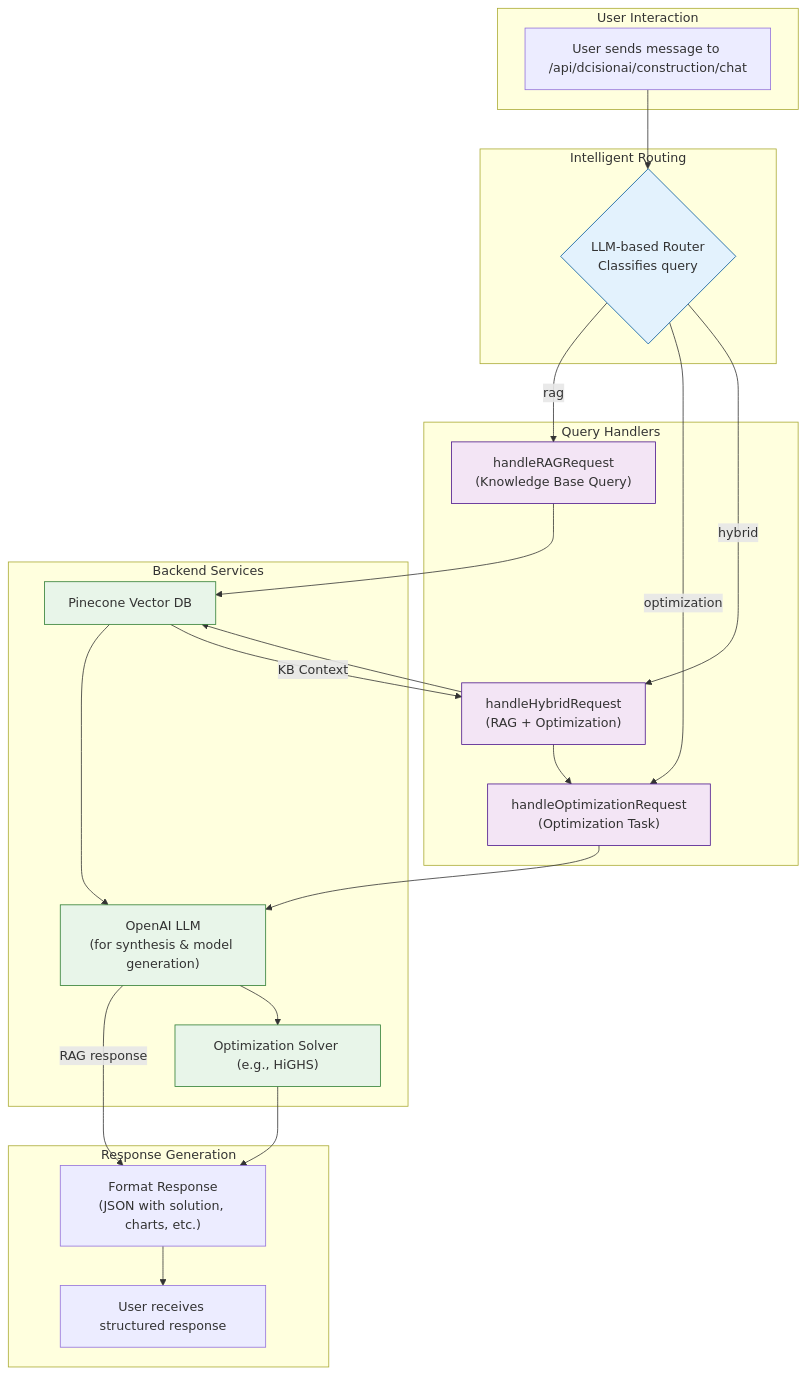
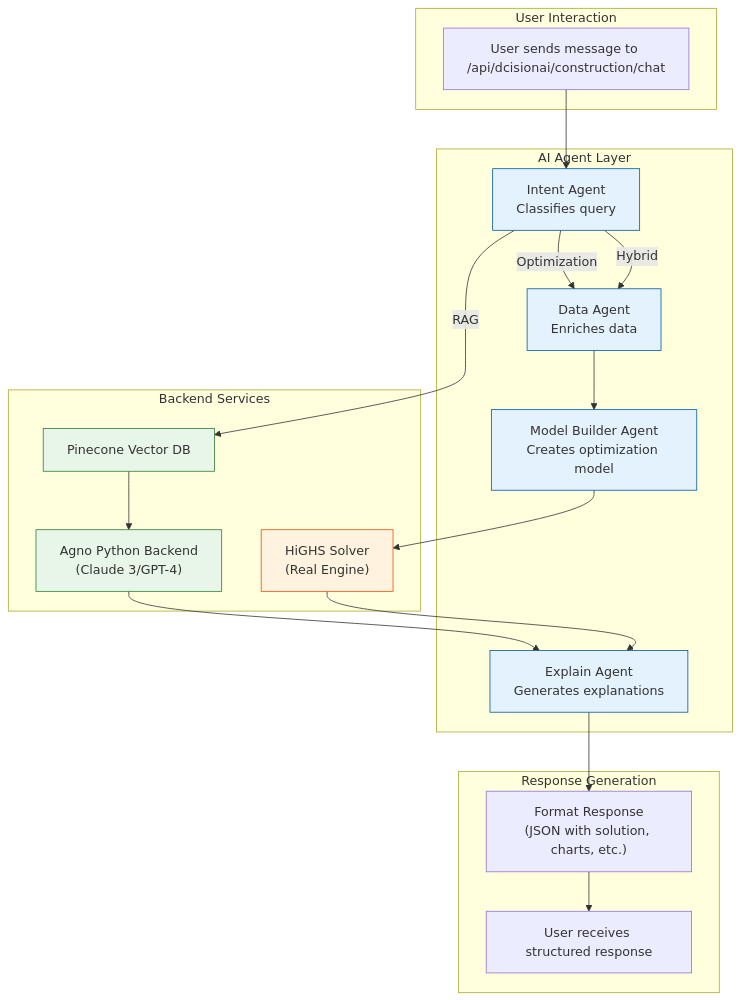
One commit to DcisionAI/dcision-platform changed the diagram in docs/architecture/architecture.md. Above: the diagram before and after it, drawn with Mermaid. The commit also changed other lines of this file and 5 other files, not shown here.

````diff
--- a/docs/architecture/architecture.md
+++ b/docs/architecture/architecture.md
@@ -186,54 +345,47 @@
 ```mermaid
 graph TD
     subgraph "User Interaction"
         A["User sends message to /api/dcisionai/construction/chat"]
     end
 
-    subgraph "Intelligent Routing"
-        B{"LLM-based Router<br/>Classifies query"}
-    end
-
-    subgraph "Query Handlers"
-        C["handleRAGRequest<br/>(Knowledge Base Query)"]
-        D["handleOptimizationRequest<br/>(Optimization Task)"]
-        E["handleHybridRequest<br/>(RAG + Optimization)"]
+    subgraph "AI Agent Layer"
+        B["Intent Agent<br/>Classifies query"]
+        C["Data Agent<br/>Enriches data"]
+        D["Model Builder Agent<br/>Creates optimization model"]
+        E["Explain Agent<br/>Generates explanations"]
     end
 
     subgraph "Backend Services"
-        F["Pinecone Vector DB"]
-        G["Optimization Solver (e.g., HiGHS)"]
-        H["OpenAI LLM<br/>(for synthesis & model generation)"]
+        F["Agno Python Backend<br/>(Claude 3/GPT-4)"]
+        G["HiGHS Solver<br/>(Real Engine)"]
+        H["Pinecone Vector DB"]
     end
 
     subgraph "Response Generation"
         I["Format Response<br/>(JSON with solution, charts, etc.)"]
         J["User receives structured response"]
     end
 
     A --> B;
-    B -->|"rag"| C;
-    B -->|"optimization"| D;
-    B -->|"hybrid"| E;
-
-    C --> F;
-    F --> H;
-    H -->|RAG response| I;
-
-    D --> H;
-    H --> G;
-    G --> I;
-
-    E --> F;
-    F -->|"KB Context"| E;
-    E --> D;
-
+    B -->|"RAG"| H;
+    B -->|"Optimization"| C;
+    B -->|"Hybrid"| C;
+    
+    C --> D;
+    D --> G;
+    G --> E;
+    
+    H --> F;
+    F --> E;
+    
+    E --> I;
     I --> J;
 
-    classDef router fill:#e3f2fd,stroke:#01579b;
-    classDef handler fill:#f3e5f5,stroke:#4a148c;
+    classDef agent fill:#e3f2fd,stroke:#01579b;
     classDef service fill:#e8f5e9,stroke:#2e7d32;
+    classDef solver fill:#fff3e0,stroke:#e65100;
 
-    class B router;
-    class C,D,E handler;
-    class F,G,H service;
+    class B,C,D,E agent;
+    class F,H service;
+    class G solver;
 ```
````
